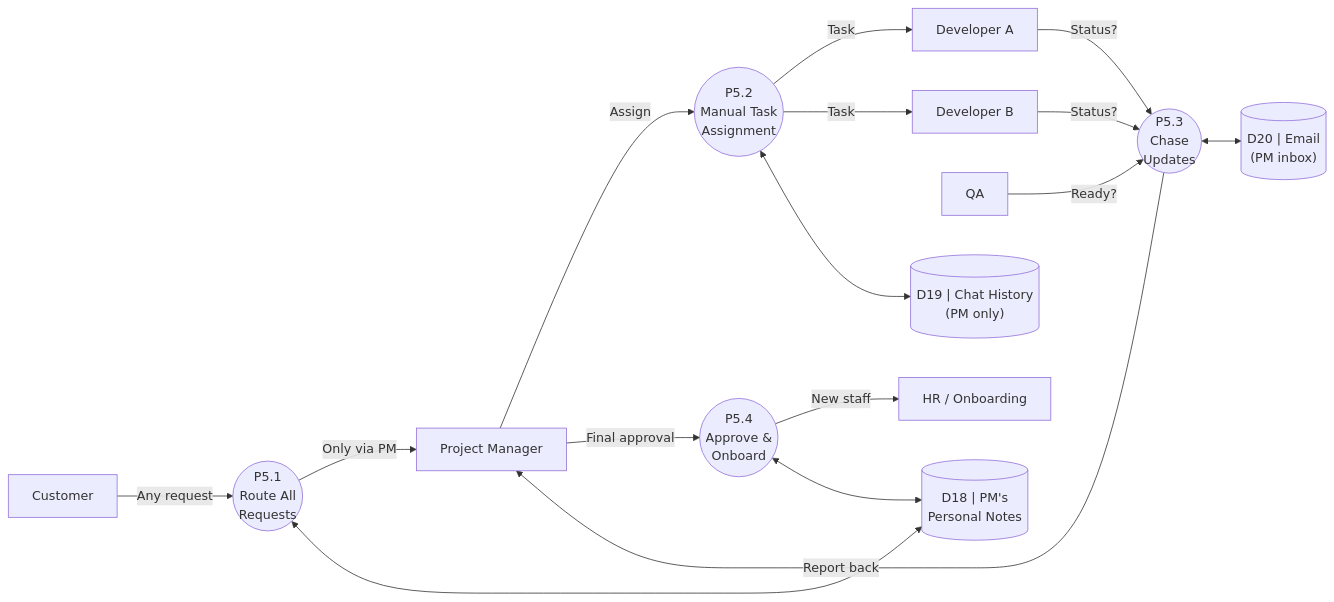
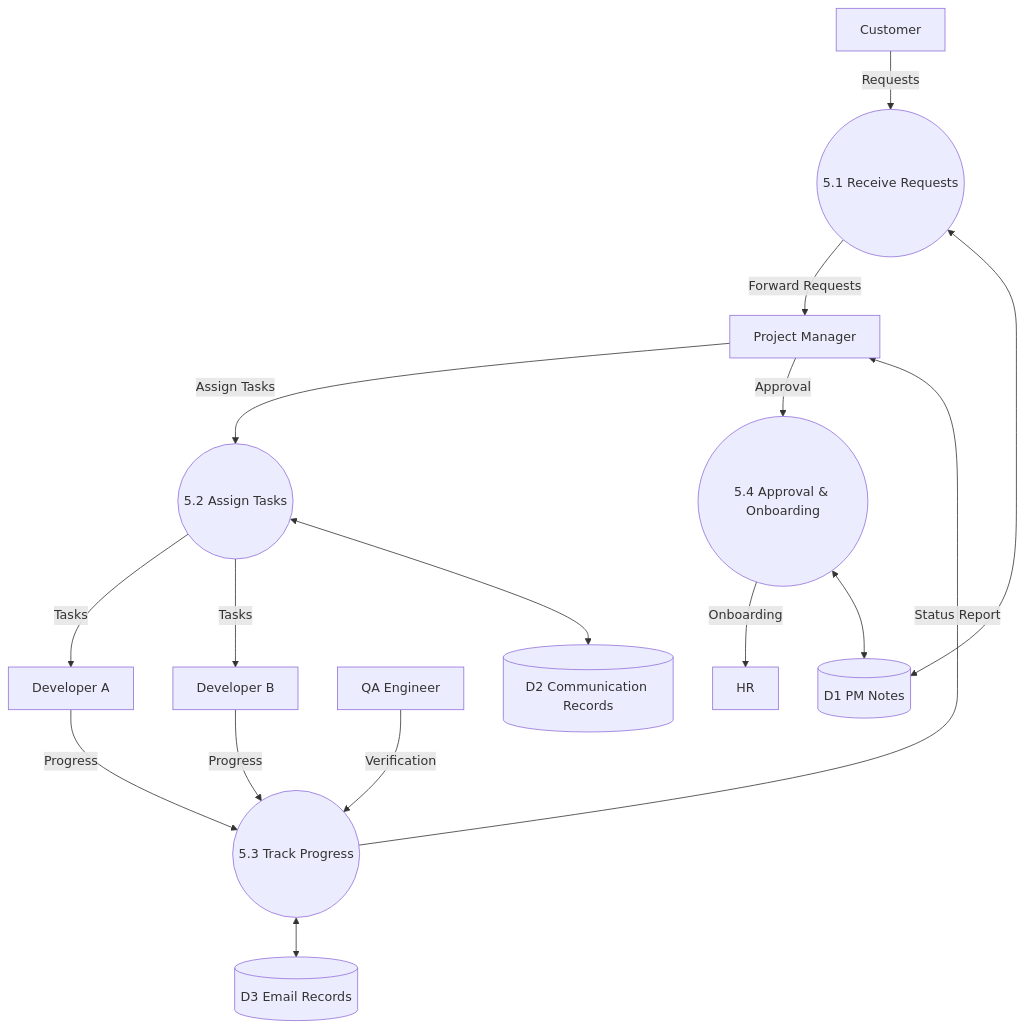
One commit to naim1405/ISAD changed the ninth of 10 diagrams in diagrams_mermaid.md. Above: the diagram before and after it, drawn with Mermaid. The commit also changed other lines of this file and 12 other files, not shown here.

Commit message:
updated diagrams

````diff
--- a/diagrams_mermaid.md
+++ b/diagrams_mermaid.md
@@ -292,31 +371,41 @@
 ```mermaid
-graph LR
-    CUST["Customer"]
-    PM["Project Manager"]
-    DEV1["Developer A"]
-    DEV2["Developer B"]
-    QA["QA"]
-    HR["HR / Onboarding"]
-    P51(("P5.1<br/>Route All<br/>Requests"))
-    P52(("P5.2<br/>Manual Task<br/>Assignment"))
-    P53(("P5.3<br/>Chase<br/>Updates"))
-    P54(("P5.4<br/>Approve &amp;<br/>Onboard"))
-    D18[("D18 | PM's<br/>Personal Notes")]
-    D19[("D19 | Chat History<br/>(PM only)")]
-    D20[("D20 | Email<br/>(PM inbox)")]
-    CUST -- "Any request" --> P51
-    P51 -- "Only via PM" --> PM
-    PM -- "Assign" --> P52
-    P52 -- "Task" --> DEV1
-    P52 -- "Task" --> DEV2
-    DEV1 -- "Status?" --> P53
-    DEV2 -- "Status?" --> P53
-    QA -- "Ready?" --> P53
-    P53 -- "Report back" --> PM
-    PM -- "Final approval" --> P54
-    P54 -- "New staff" --> HR
-    P51 <--> D18
-    P52 <--> D19
-    P53 <--> D20
-    P54 <--> D18
+flowchart TD
+
+    CUST[Customer]
+    PM[Project Manager]
+    DEV1[Developer A]
+    DEV2[Developer B]
+    QA[QA Engineer]
+    HR[HR]
+
+    P51((5.1 Receive Requests))
+    P52((5.2 Assign Tasks))
+    P53((5.3 Track Progress))
+    P54((5.4 Approval & Onboarding))
+
+    D1[(D1 PM Notes)]
+    D2[(D2 Communication Records)]
+    D3[(D3 Email Records)]
+
+    CUST -->|Requests| P51
+    P51 -->|Forward Requests| PM
+
+    PM -->|Assign Tasks| P52
+
+    P52 -->|Tasks| DEV1
+    P52 -->|Tasks| DEV2
+
+    DEV1 -->|Progress| P53
+    DEV2 -->|Progress| P53
+    QA -->|Verification| P53
+
+    P53 -->|Status Report| PM
+
+    PM -->|Approval| P54
+    P54 -->|Onboarding| HR
+
+    P51 <--> D1
+    P52 <--> D2
+    P53 <--> D3
+    P54 <--> D1
 ```
````
